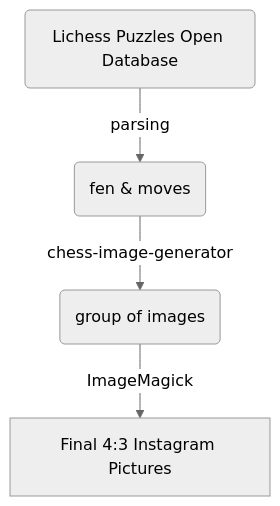
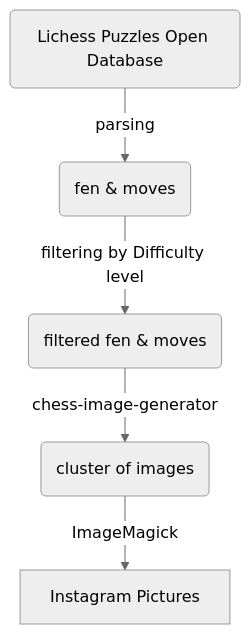
One commit to jotaalvim/instagram-puzzles-generator changed the diagram in README.md. Above: the diagram before and after it, drawn with Mermaid (neutral theme). The commit also changed other lines of this file, not shown here.

````diff
--- a/README.md
+++ b/README.md
@@ -4,6 +6,7 @@
 ```mermaid
 flowchart TD
-    A(Lichess Puzzles Open Database) -->|parsing | B(fen & moves)
-    B -->|chess-image-generator| C(group of images)
-    C -->|ImageMagick| D[Final 4:3 Instagram Pictures]
+    A(Lichess Puzzles Open Database) -->| parsing | B(fen & moves)
+    B -->| filtering by Difficulty level | C(filtered fen & moves)
+    C -->|chess-image-generator| D(cluster of images)
+    D -->|ImageMagick| E[Instagram Pictures]
 ```
````
